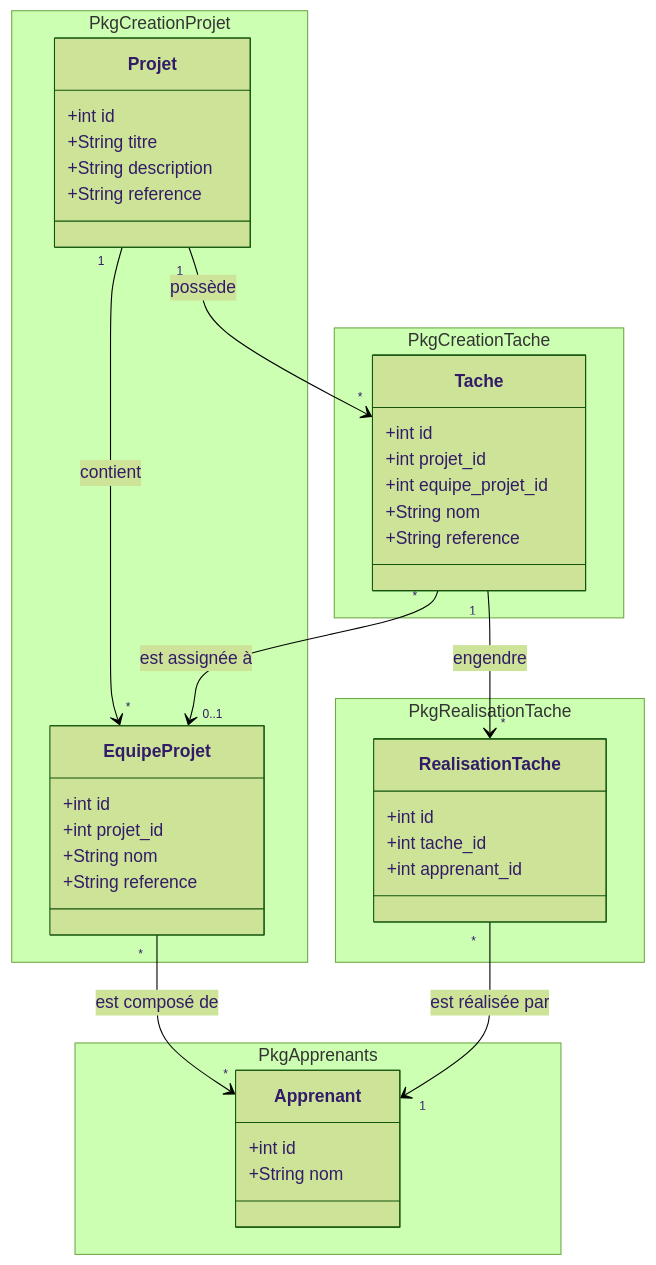
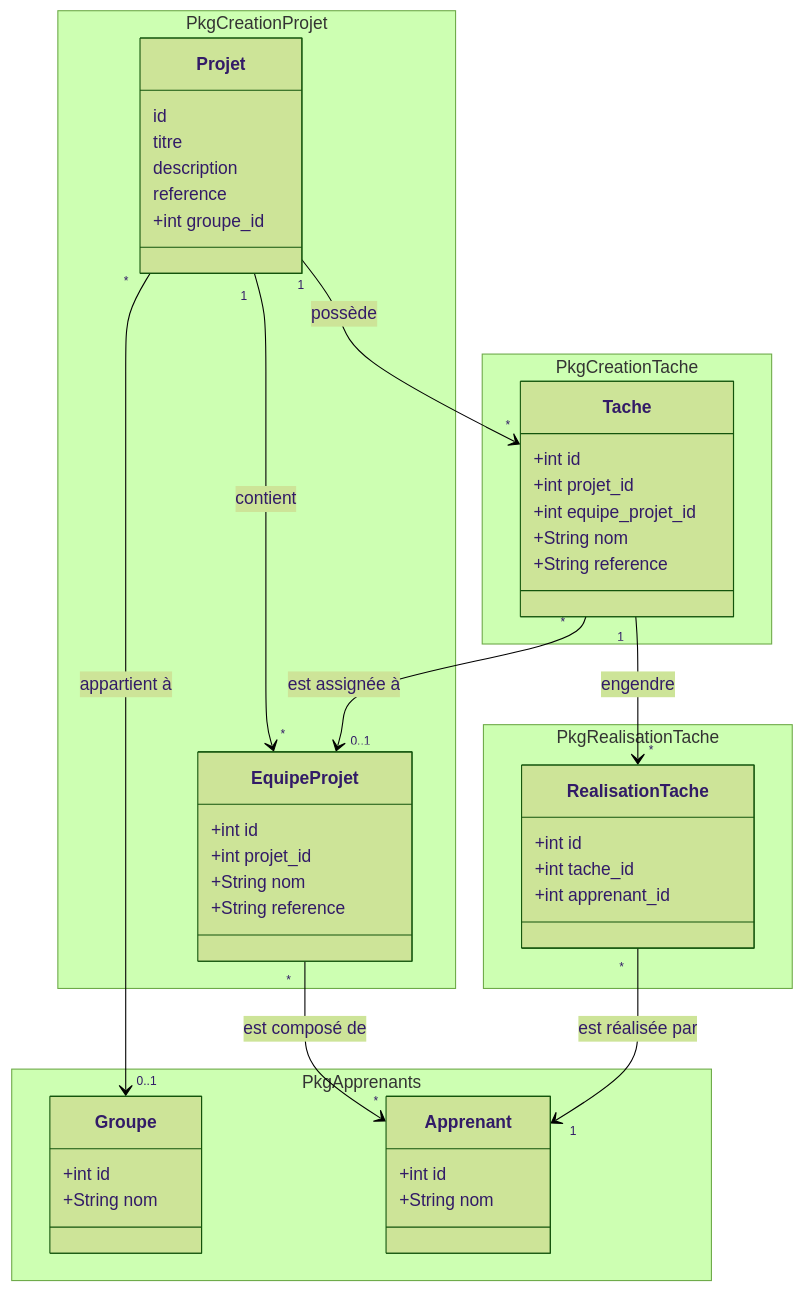
The diagram in cahiers-charges/PkgCreationProjet/issues/ISSUE-001-Conception-Projet-Equipe.md (solicode-lms/app), drawn with Mermaid (forest theme) before and after one commit. The commit also changed other lines of this file and 7 other files, not shown here.

````diff
--- a/cahiers-charges/PkgCreationProjet/issues/ISSUE-001-Conception-Projet-Equipe.md
+++ b/cahiers-charges/PkgCreationProjet/issues/ISSUE-001-Conception-Projet-Equipe.md
@@ -35,49 +36,55 @@
 ```mermaid
 classDiagram
     namespace PkgCreationProjet {
         class Projet {
-            +int id
-            +String titre
-            +String description
-            +String reference
+            id
+            titre
+            description
+            reference
+            +int groupe_id
         }
         class EquipeProjet {
             +int id
             +int projet_id
             +String nom
             +String reference
         }
     }
     
     namespace PkgCreationTache {
         class Tache {
             +int id
             +int projet_id
             +int equipe_projet_id
             +String nom
             +String reference
         }
     }
 
     namespace PkgApprenants {
         class Apprenant {
             +int id
             +String nom
         }
+        class Groupe {
+            +int id
+            +String nom
+        }
     }
     
     namespace PkgRealisationTache {
         class RealisationTache {
             +int id
             +int tache_id
             +int apprenant_id
         }
     }
 
+    Projet "*" --> "0..1" Groupe : appartient à
     Projet "1" --> "*" EquipeProjet : contient
     EquipeProjet "*" --> "*" Apprenant : est composé de
     Projet "1" --> "*" Tache : possède
     Tache "*" --> "0..1" EquipeProjet : est assignée à
     Tache "1" --> "*" RealisationTache : engendre
     RealisationTache "*" --> "1" Apprenant : est réalisée par
 ```
````
